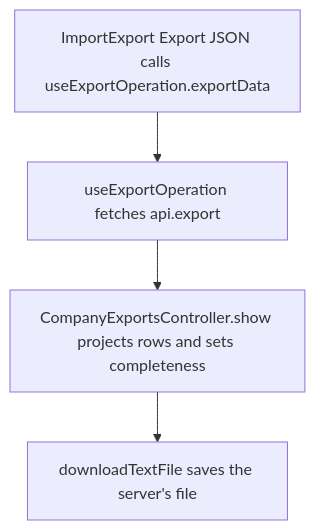
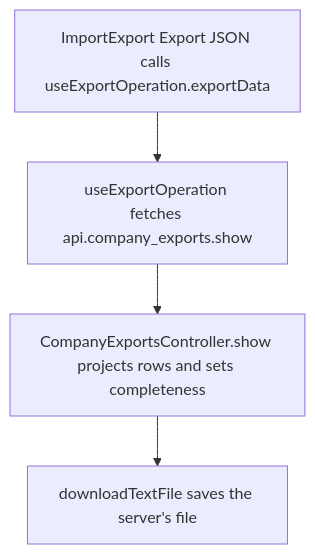
The second of 2 diagrams in user-stories/data/US-DAT-01-export-json.md (Kevinjohn/capacitylens), drawn with Mermaid before and after one commit. The commit also changed 153 other files, not shown here.

````diff
--- a/user-stories/data/US-DAT-01-export-json.md
+++ b/user-stories/data/US-DAT-01-export-json.md
@@ -28,6 +28,6 @@
 ```mermaid
 flowchart TD
-  button["ImportExport Export JSON calls useExportOperation.exportData"] --> fetch["useExportOperation fetches api.export"]
+  button["ImportExport Export JSON calls useExportOperation.exportData"] --> fetch["useExportOperation fetches api.company_exports.show"]
   fetch --> route["CompanyExportsController.show projects rows and sets completeness"]
   route --> file["downloadTextFile saves the server's file"]
 ```
````
